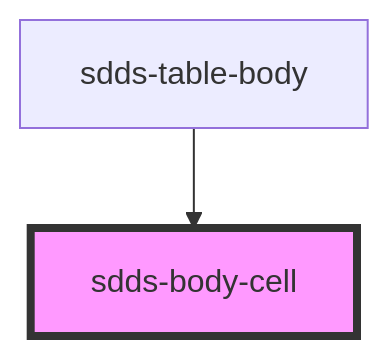
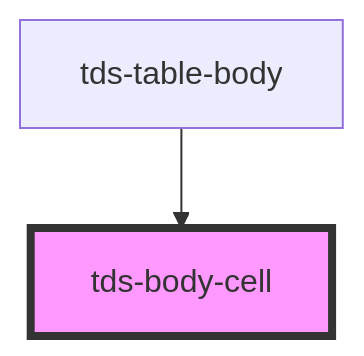
The diagram in core/src/components/table/table-body-cell/readme.md (scania-digital-design-system/tegel), drawn with Mermaid before and after one commit. The commit also changed other lines of this file and 41 other files, not shown here.

````diff
--- a/core/src/components/table/table-body-cell/readme.md
+++ b/core/src/components/table/table-body-cell/readme.md
@@ -24,5 +24,5 @@
 ```mermaid
 graph TD;
-  sdds-table-body --> sdds-body-cell
-  style sdds-body-cell fill:#f9f,stroke:#333,stroke-width:4px
+  tds-table-body --> tds-body-cell
+  style tds-body-cell fill:#f9f,stroke:#333,stroke-width:4px
 ```
````
